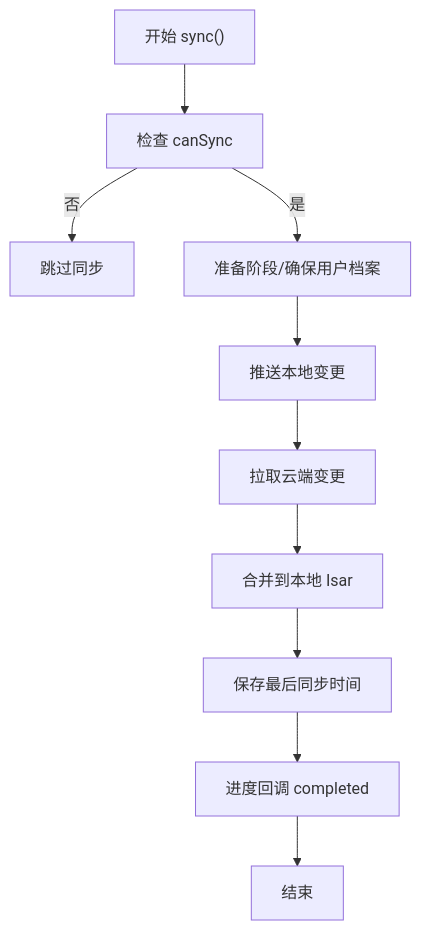
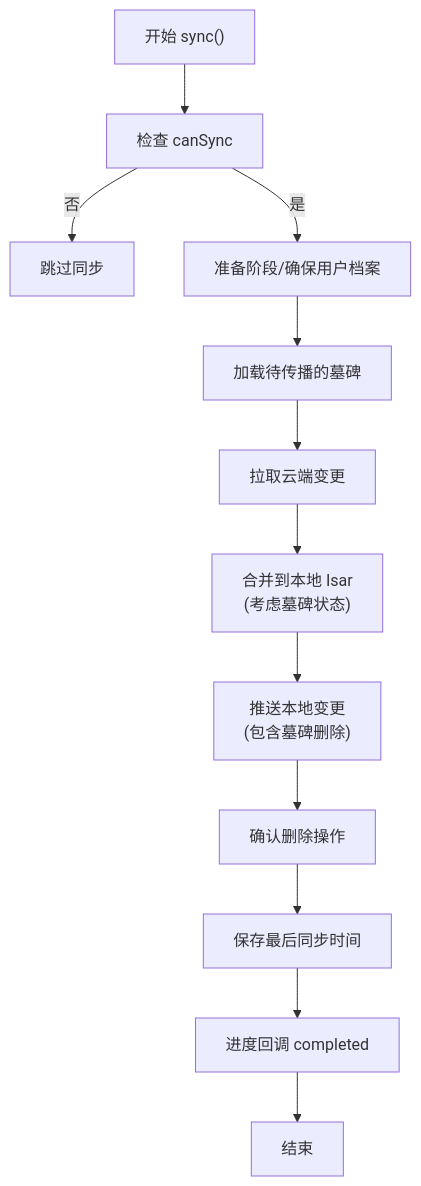
The fourth of 6 diagrams in .qoder/repowiki/zh/content/核心功能模块/云同步功能.md (ZTfer/Tinycast), drawn with Mermaid before and after one commit. The commit also changed other lines of this file and 210 other files, not shown here.

````diff
--- a/.qoder/repowiki/zh/content/核心功能模块/云同步功能.md
+++ b/.qoder/repowiki/zh/content/核心功能模块/云同步功能.md
@@ -193,12 +227,14 @@
 ```mermaid
 flowchart TD
 S0["开始 sync()"] --> Check["检查 canSync"]
 Check --> |否| Exit["跳过同步"]
 Check --> |是| Prep["准备阶段/确保用户档案"]
-Prep --> Push["推送本地变更"]
-Push --> Pull["拉取云端变更"]
-Pull --> Merge["合并到本地 Isar"]
-Merge --> SaveTime["保存最后同步时间"]
+Prep --> LoadTombstones["加载待传播的墓碑"]
+LoadTombstones --> Pull["拉取云端变更"]
+Pull --> Merge["合并到本地 Isar<br/>(考虑墓碑状态)"]
+Merge --> Push["推送本地变更<br/>(包含墓碑删除)"]
+Push --> ConfirmDeletes["确认删除操作"]
+ConfirmDeletes --> SaveTime["保存最后同步时间"]
 SaveTime --> Notify["进度回调 completed"]
 Notify --> Done["结束"]
 ```
````
